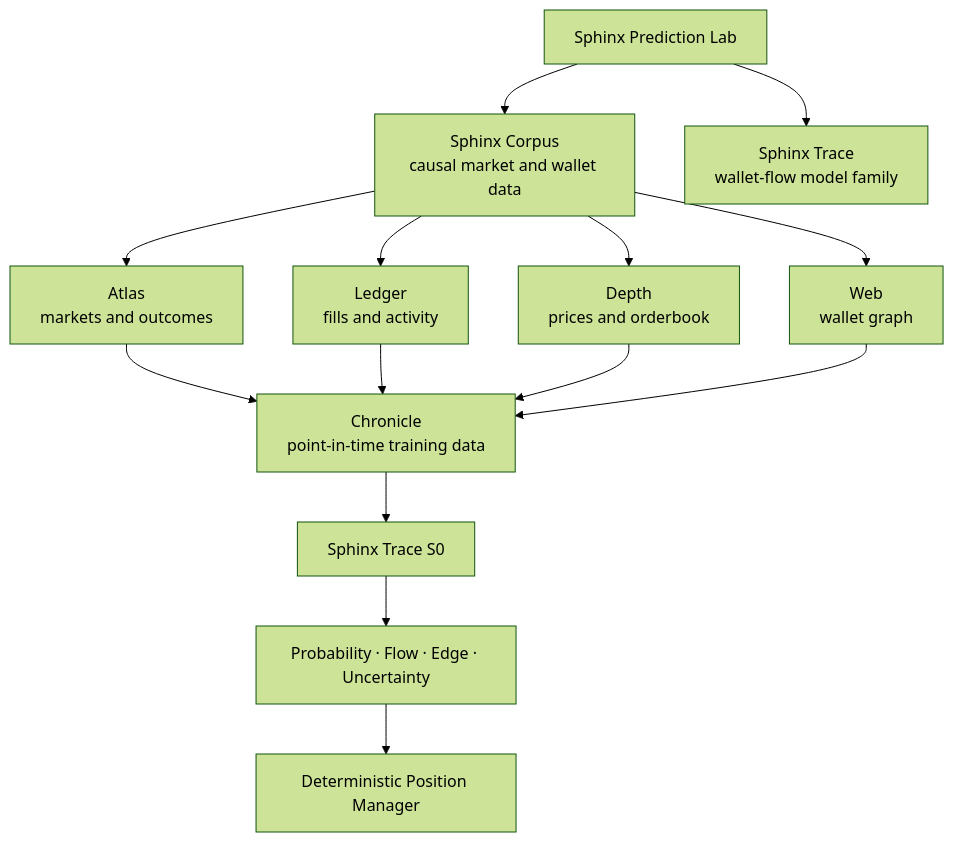
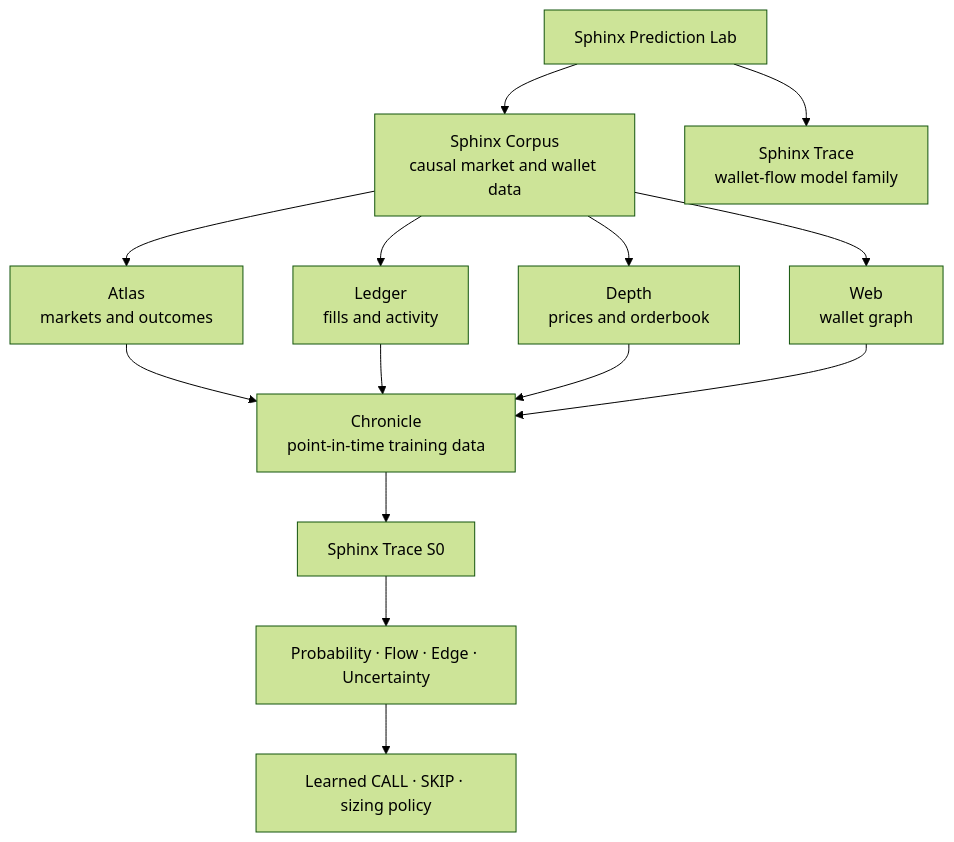
Before and after one commit to SergiiRudniev/sphinx-prediction-lab: the diagram in README.md, drawn with Mermaid (forest theme). The commit also changed other lines of this file and 60 other files, not shown here.

````diff
--- a/README.md
+++ b/README.md
@@ -39,17 +39,17 @@
 ```mermaid
 flowchart TB
     LAB["Sphinx Prediction Lab"]
     LAB --> CORPUS["Sphinx Corpus<br/>causal market and wallet data"]
     LAB --> TRACE["Sphinx Trace<br/>wallet-flow model family"]
     CORPUS --> ATLAS["Atlas<br/>markets and outcomes"]
     CORPUS --> LEDGER["Ledger<br/>fills and activity"]
     CORPUS --> DEPTH["Depth<br/>prices and orderbook"]
     CORPUS --> WEB["Web<br/>wallet graph"]
     ATLAS --> CHRONICLE["Chronicle<br/>point-in-time training data"]
     LEDGER --> CHRONICLE
     DEPTH --> CHRONICLE
     WEB --> CHRONICLE
     CHRONICLE --> S0["Sphinx Trace S0"]
     S0 --> SIGNAL["Probability · Flow · Edge · Uncertainty"]
-    SIGNAL --> POLICY["Deterministic Position Manager"]
+    SIGNAL --> POLICY["Learned CALL · SKIP · sizing policy"]
 ```
````
